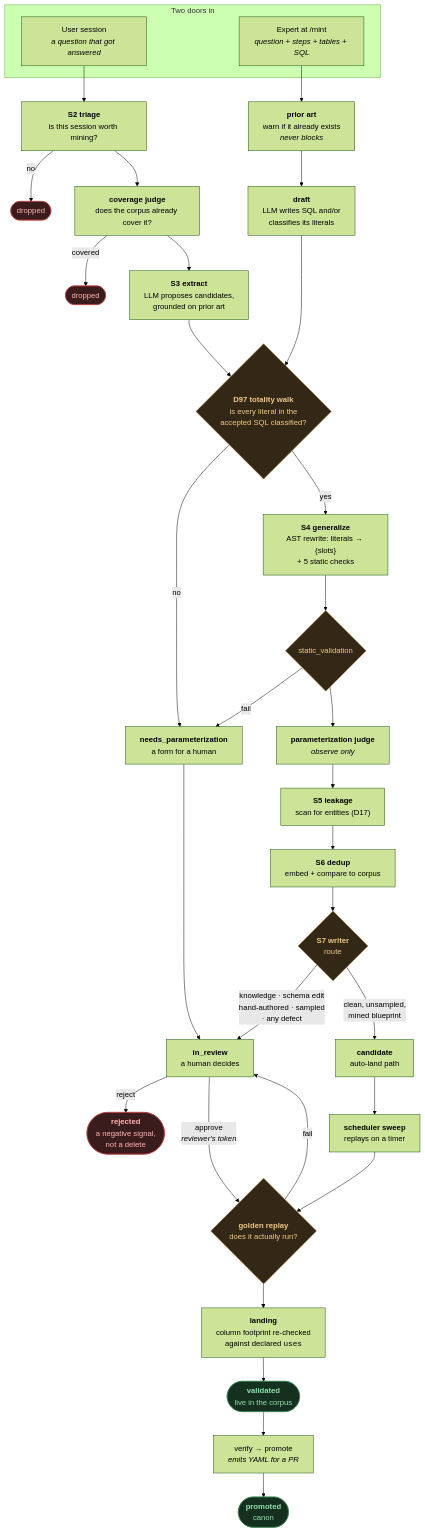
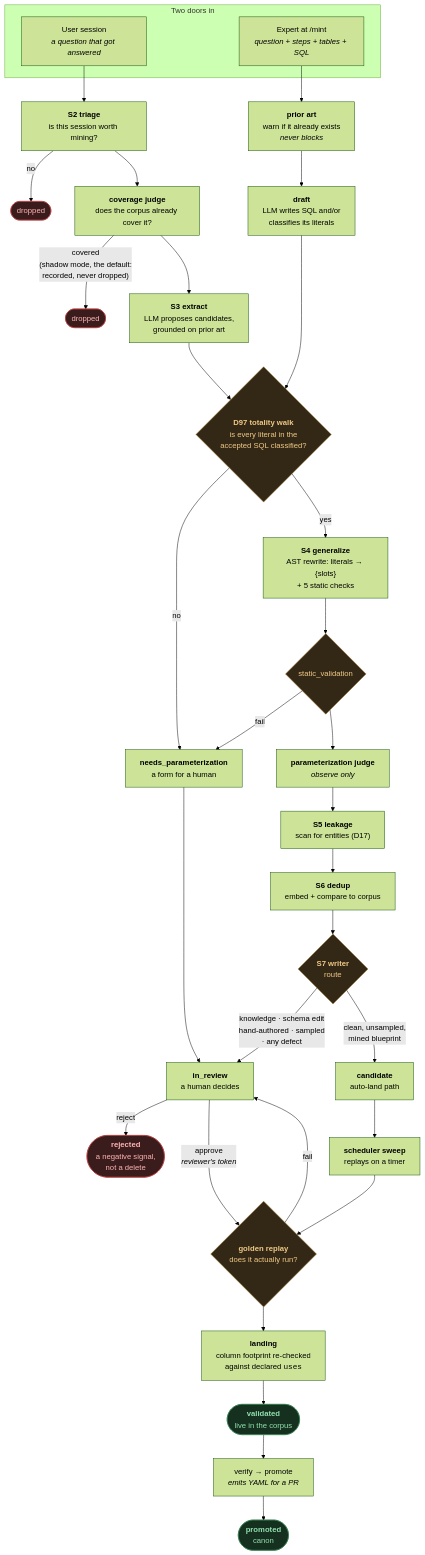
One commit to kalpesh22-21/data-analysis-agent changed the diagram in docs/decisions/learning-mining-overview.md. Above: the diagram before and after it, drawn with Mermaid (forest theme). The commit also changed other lines of this file and 60 other files, not shown here.

````diff
--- a/docs/decisions/learning-mining-overview.md
+++ b/docs/decisions/learning-mining-overview.md
@@ -17,50 +17,50 @@
 ```mermaid
 flowchart TD
     subgraph ENTRY["Two doors in"]
         S["User session<br/><i>a question that got answered</i>"]
         X["Expert at /mint<br/><i>question + steps + tables + SQL</i>"]
     end
 
     S --> S2["<b>S2 triage</b><br/>is this session worth mining?"]
     S2 -->|"no"| DROP1(["dropped"])
     S2 --> CJ["<b>coverage judge</b><br/>does the corpus already cover it?"]
-    CJ -->|"covered"| DROP2(["dropped"])
+    CJ -->|"covered<br/>(shadow mode, the default:<br/>recorded, never dropped)"| DROP2(["dropped"])
     CJ --> S3["<b>S3 extract</b><br/>LLM proposes candidates,<br/>grounded on prior art"]
 
     S3 --> TOT{"<b>D97 totality walk</b><br/>is every literal in the<br/>accepted SQL classified?"}
     X --> PA["<b>prior art</b><br/>warn if it already exists<br/><i>never blocks</i>"]
     PA --> DRAFT["<b>draft</b><br/>LLM writes SQL and/or<br/>classifies its literals"]
     DRAFT --> TOT
 
     TOT -->|"no"| FTR["<b>needs_parameterization</b><br/>a form for a human"]
     TOT -->|"yes"| S4
 
     S4["<b>S4 generalize</b><br/>AST rewrite: literals → {slots}<br/>+ 5 static checks"] --> SV{"static_validation"}
     SV -->|"fail"| FTR
     SV --> PJ["<b>parameterization judge</b><br/><i>observe only</i>"]
     PJ --> S5["<b>S5 leakage</b><br/>scan for entities (D17)"]
     S5 --> S6["<b>S6 dedup</b><br/>embed + compare to corpus"]
     S6 --> S7{"<b>S7 writer</b><br/>route"}
 
     S7 -->|"knowledge · schema edit<br/>hand-authored · sampled<br/>· any defect"| REVIEW["<b>in_review</b><br/>a human decides"]
     S7 -->|"clean, unsampled,<br/>mined blueprint"| CAND["<b>candidate</b><br/>auto-land path"]
 
     FTR --> REVIEW
     REVIEW -->|"reject"| REJ(["<b>rejected</b><br/>a negative signal,<br/>not a delete"])
     REVIEW -->|"approve<br/><i>reviewer's token</i>"| GR{"<b>golden replay</b><br/>does it actually run?"}
     CAND --> SCHED["<b>scheduler sweep</b><br/>replays on a timer"]
     SCHED --> GR
 
     GR -->|"fail"| REVIEW
     GR --> LAND["<b>landing</b><br/>column footprint re-checked<br/>against declared <code>uses</code>"]
     LAND --> VAL(["<b>validated</b><br/>live in the corpus"])
     VAL --> VP["verify → promote<br/><i>emits YAML for a PR</i>"]
     VP --> PROM(["<b>promoted</b><br/>canon"])
 
     classDef gate fill:#332816,stroke:#a5772a,color:#f0c987
     classDef term fill:#16301f,stroke:#2f7a4a,color:#93e0b0
     classDef bad fill:#3a1c1c,stroke:#b33a3a,color:#ffb4b4
     class TOT,SV,S7,GR gate
     class VAL,PROM term
     class REJ,DROP1,DROP2 bad
 ```
````
